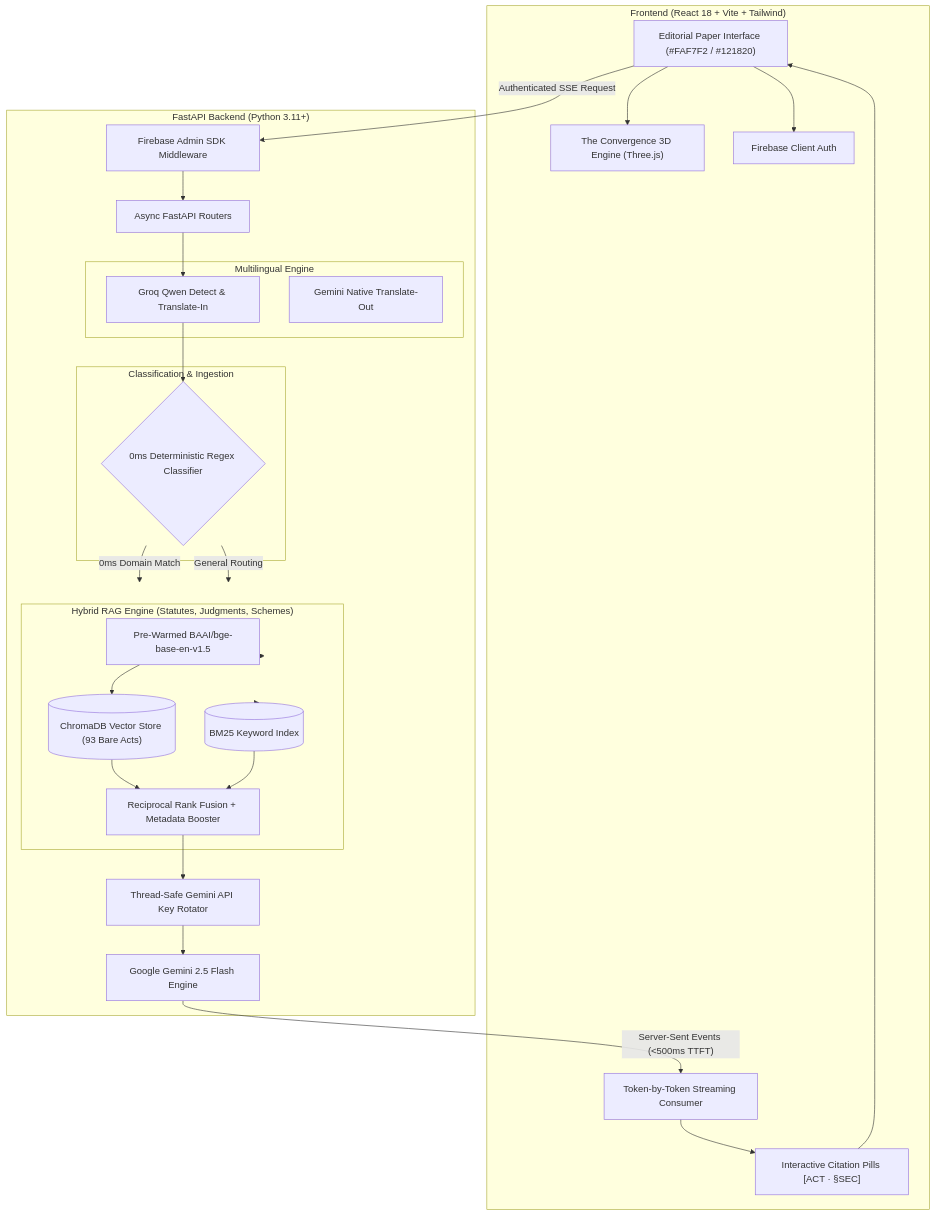
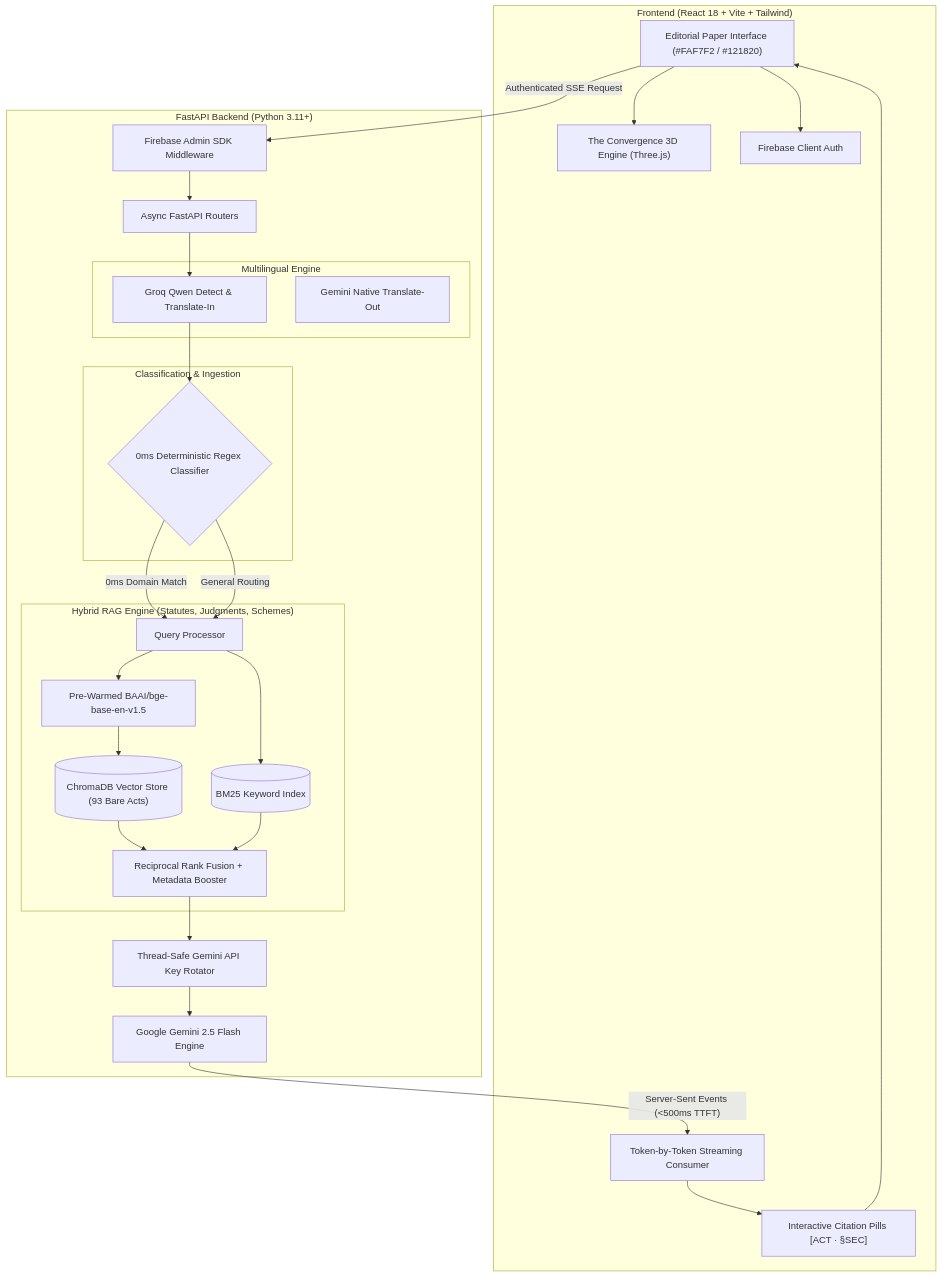
One commit to OOSC-4-0-Hackathon/OOSC_4.0-AI_SLAYERS changed the diagram in README.md. Above: the diagram before and after it, drawn with Mermaid.

Commit message:
Architecture Readme Cleaning
Updated the flow to route through QueryProc instead of RAGCore.

````diff
--- a/README.md
+++ b/README.md
@@ -115,54 +115,55 @@
 ```mermaid
 flowchart TD
     subgraph Client ["Frontend (React 18 + Vite + Tailwind)"]
         UI["Editorial Paper Interface (#FAF7F2 / #121820)"]
         Conv["The Convergence 3D Engine (Three.js)"]
         CitPill["Interactive Citation Pills [ACT · §SEC]"]
         Stream["Token-by-Token Streaming Consumer"]
         FAuth["Firebase Client Auth"]
     end
 
     subgraph Backend ["FastAPI Backend (Python 3.11+)"]
         AuthMid["Firebase Admin SDK Middleware"]
         Router["Async FastAPI Routers"]
         
         subgraph TranslationLayer ["Multilingual Engine"]
             DetectTrans["Groq Qwen Detect & Translate-In"]
             GeminiTrans["Gemini Native Translate-Out"]
         end
         
         subgraph RoutingEngine ["Classification & Ingestion"]
             RegexRouter{"0ms Deterministic Regex Classifier"}
         end
         
         subgraph RAGCore ["Hybrid RAG Engine (Statutes, Judgments, Schemes)"]
+            QueryProc["Query Processor"]
             Embedder["Pre-Warmed BAAI/bge-base-en-v1.5"]
             Chroma[("ChromaDB Vector Store (93 Bare Acts)")]
             BM25[("BM25 Keyword Index")]
             RRF["Reciprocal Rank Fusion + Metadata Booster"]
         end
 
         KeyRotator["Thread-Safe Gemini API Key Rotator"]
         LLM["Google Gemini 2.5 Flash Engine"]
     end
 
     UI --> FAuth
     UI -- "Authenticated SSE Request" --> AuthMid
     AuthMid --> Router
     Router --> DetectTrans
     DetectTrans --> RegexRouter
     
-    RegexRouter -- "0ms Domain Match" --> RAGCore
-    RegexRouter -- "General Routing" --> RAGCore
+    RegexRouter -- "0ms Domain Match" --> QueryProc
+    RegexRouter -- "General Routing" --> QueryProc
     
-    RAGCore --> Embedder
+    QueryProc --> Embedder
     Embedder --> Chroma
-    RAGCore --> BM25
+    QueryProc --> BM25
     Chroma & BM25 --> RRF
     RRF --> KeyRotator
     KeyRotator --> LLM
     LLM -- "Server-Sent Events (<500ms TTFT)" --> Stream
     Stream --> CitPill
     CitPill --> UI
     UI --> Conv
 ```
````
